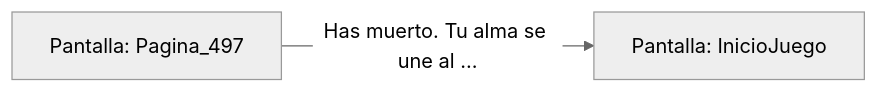
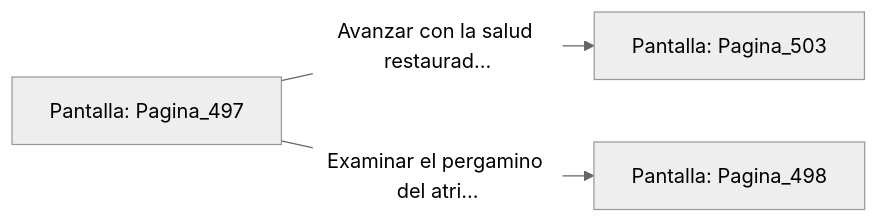
The diagram in sample/eligejuego-vault/Pantalla_Pagina_497.md (metsuke/mpl), drawn with Mermaid (neutral theme) before and after one commit. The commit also changed other lines of this file and 635 other files, not shown here.

First line of the commit message:
fix: añadir Pagina_1 como pantalla inicial en capitulo_01.mpl

````diff
--- a/sample/eligejuego-vault/Pantalla_Pagina_497.md
+++ b/sample/eligejuego-vault/Pantalla_Pagina_497.md
@@ -17,5 +24,6 @@
 ```mermaid
 graph LR
     P_Pagina_497["Pantalla: Pagina_497"]
-    P_Pagina_497 -->|"Has muerto. Tu alma se une al ..."| P_InicioJuego["Pantalla: InicioJuego"]
+    P_Pagina_497 -->|"Avanzar con la salud restaurad..."| P_Pagina_503["Pantalla: Pagina_503"]
+    P_Pagina_497 -->|"Examinar el pergamino del atri..."| P_Pagina_498["Pantalla: Pagina_498"]
 ```
````
